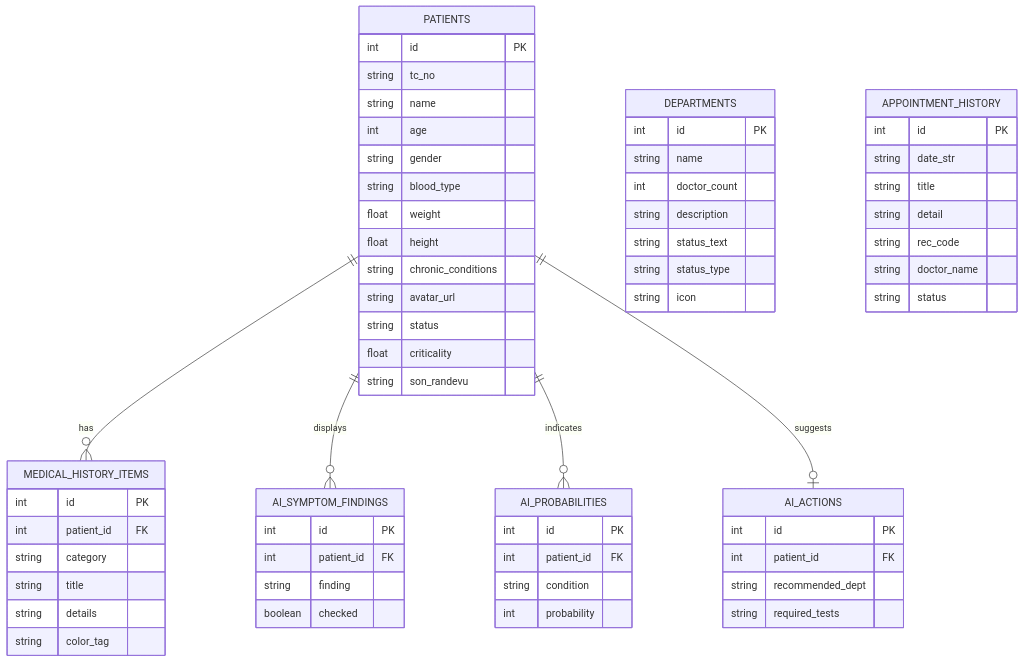
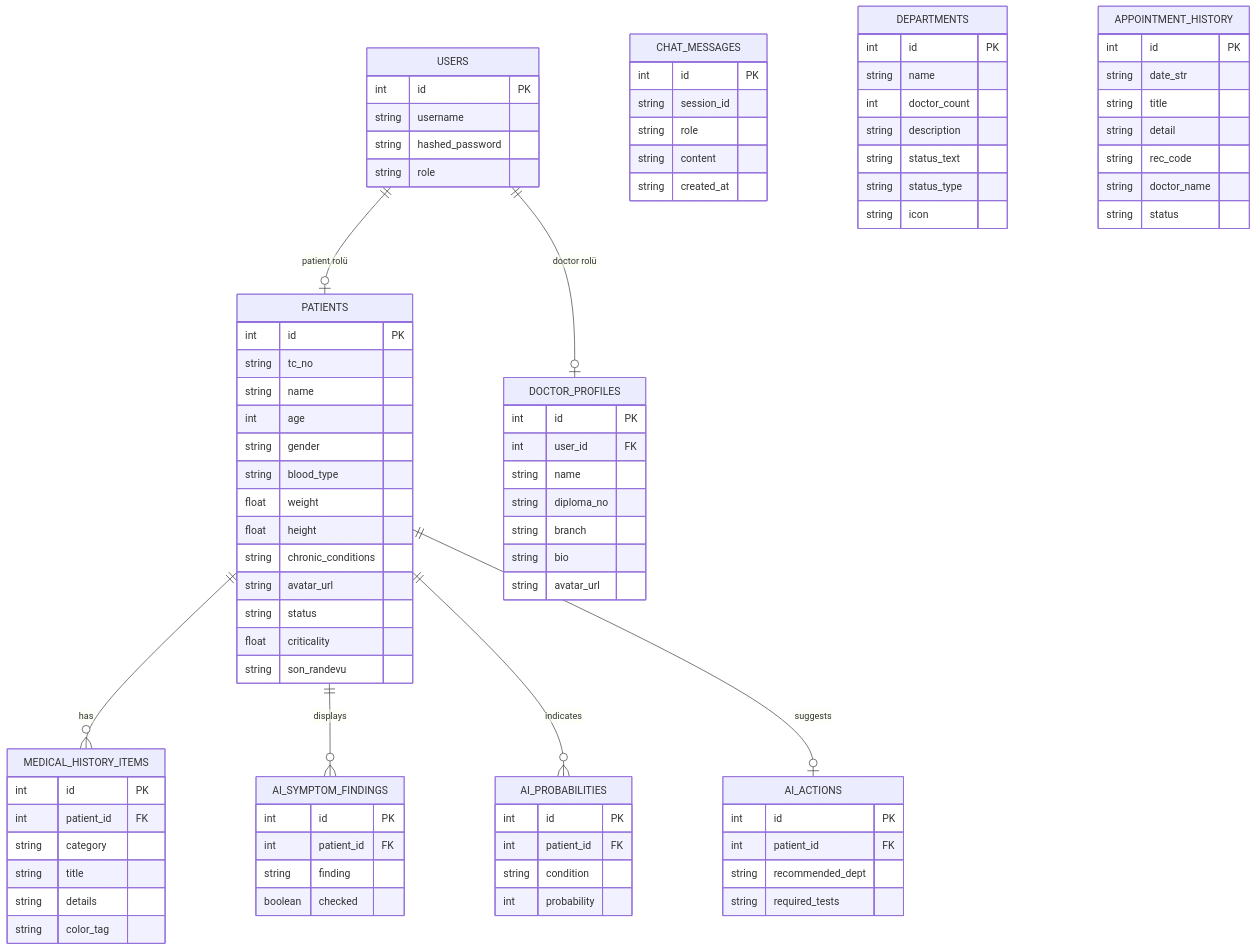
One commit to YZTA-Bootcamp-Group-34/Monorepo changed the second of 4 diagrams in README.md. Above: the diagram before and after it, drawn with Mermaid. The commit also changed other lines of this file and 1 other file, not shown here.

Commit message:
docs: update README documentation and synchronize preclinic database schema

````diff
--- a/README.md
+++ b/README.md
@@ -179,9 +365,36 @@
 ```mermaid
 erDiagram
+    USERS ||--o| PATIENTS : "patient rolü"
+    USERS ||--o| DOCTOR_PROFILES : "doctor rolü"
     PATIENTS ||--o{ MEDICAL_HISTORY_ITEMS : "has"
     PATIENTS ||--o{ AI_SYMPTOM_FINDINGS : "displays"
     PATIENTS ||--o{ AI_PROBABILITIES : "indicates"
     PATIENTS ||--o| AI_ACTIONS : "suggests"
+
+    USERS {
+        int id PK
+        string username
+        string hashed_password
+        string role
+    }
+
+    DOCTOR_PROFILES {
+        int id PK
+        int user_id FK
+        string name
+        string diploma_no
+        string branch
+        string bio
+        string avatar_url
+    }
+
+    CHAT_MESSAGES {
+        int id PK
+        string session_id
+        string role
+        string content
+        string created_at
+    }
 
     PATIENTS {
         int id PK
````
